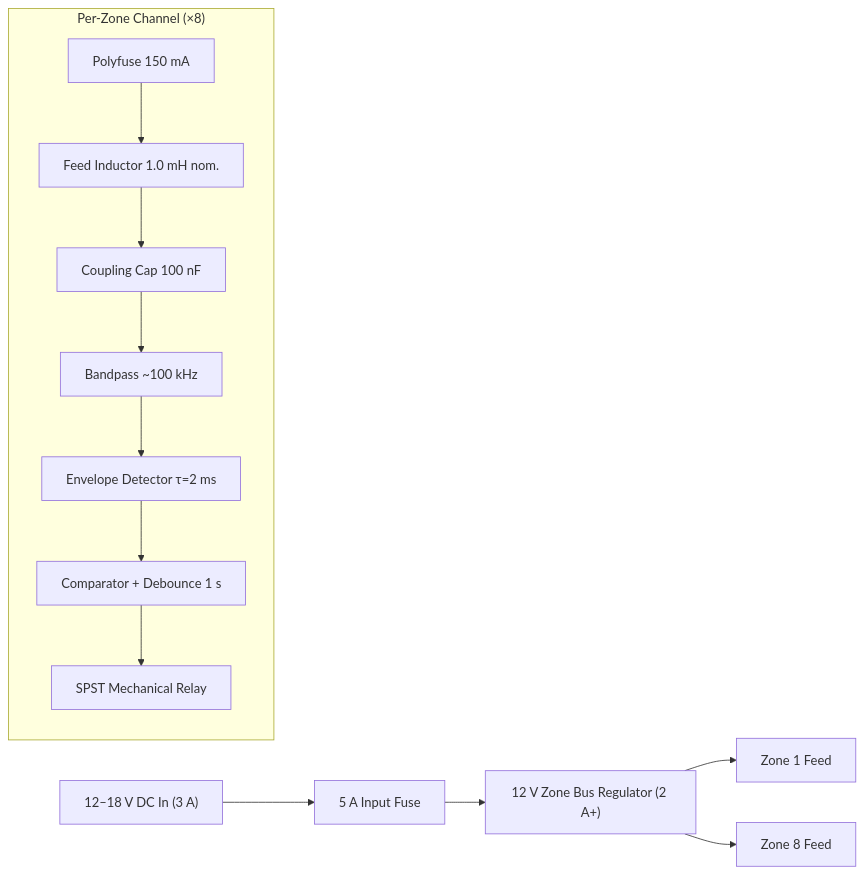
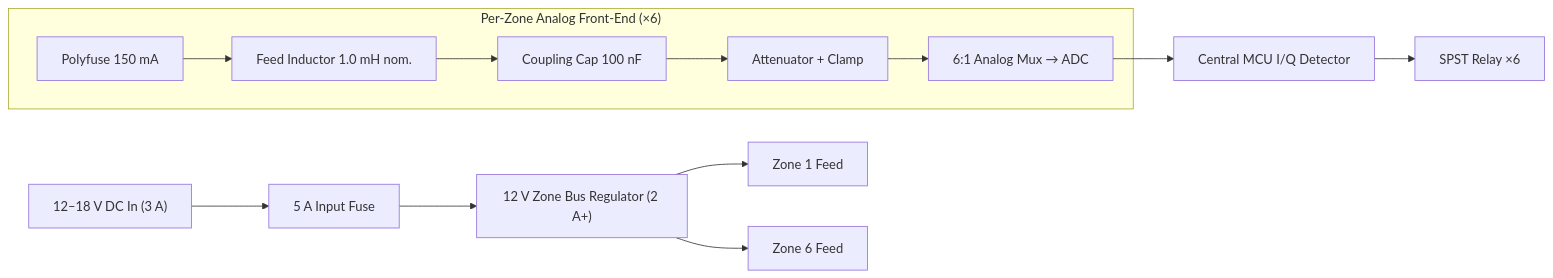
Before and after one commit to greydigger/thermostat: the third of 5 diagrams in DESIGN.md, drawn with Mermaid. The commit also changed other lines of this file, not shown here.

First line of the commit message:
docs: revise design — 6 zones, bus-only, I/Q detector, 15–30s latch, knob display

````diff
--- a/DESIGN.md
+++ b/DESIGN.md
@@ -164,19 +161,19 @@
 ```mermaid
 flowchart LR
     IN["12–18 V DC In (3 A)"] --> FUSE["5 A Input Fuse"]
     FUSE --> REG["12 V Zone Bus Regulator (2 A+)"]
     REG --> Z1["Zone 1 Feed"]
-    REG --> Z8["Zone 8 Feed"]
+    REG --> Z6["Zone 6 Feed"]
 
-    subgraph ZoneChannel["Per-Zone Channel (×8)"]
+    subgraph ZoneChannel["Per-Zone Analog Front-End (×6)"]
         LIM["Polyfuse 150 mA"]
         L["Feed Inductor 1.0 mH nom."]
         C["Coupling Cap 100 nF"]
-        BP["Bandpass ~100 kHz"]
-        ENV["Envelope Detector τ=2 ms"]
-        CMP["Comparator + Debounce 1 s"]
-        R["SPST Mechanical Relay"]
-        LIM --> L --> C
-        C --> BP --> ENV --> CMP --> R
+        ATT["Attenuator + Clamp"]
+        MUX["6:1 Analog Mux → ADC"]
+        LIM --> L --> C --> ATT --> MUX
     end
+
+    MUX --> MCU["Central MCU I/Q Detector"]
+    MCU --> R["SPST Relay ×6"]
 ```
````
